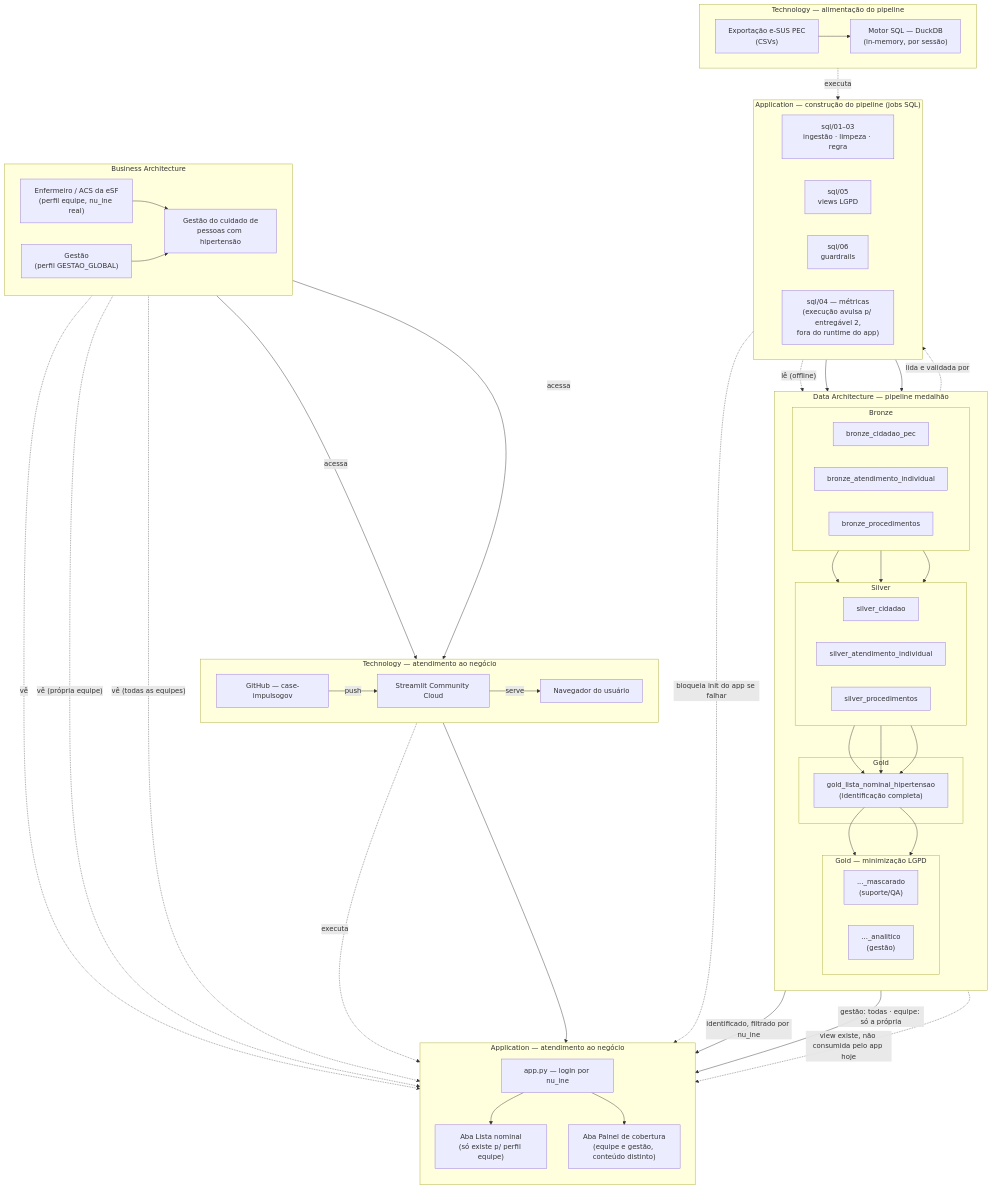
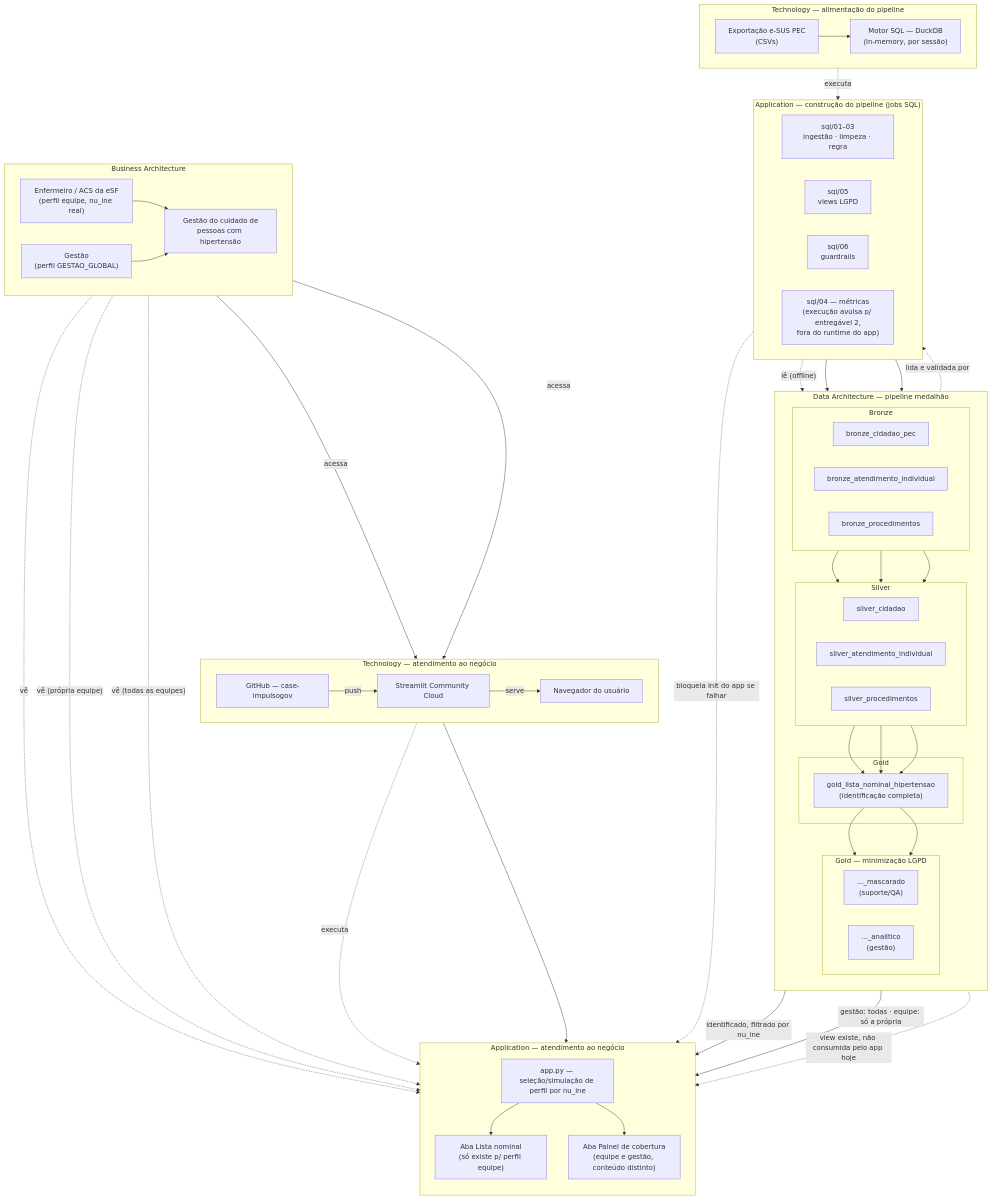
One commit to ShirleiAlexandrino/case-impulsogov changed the diagram in extras/arquitetura-togaf.md. Above: the diagram before and after it, drawn with Mermaid. The commit also changed 1 other file, not shown here.

Commit message:
Rename login by nu_ine to profile selection/simulation by nu_ine

```diff
--- a/extras/arquitetura-togaf.md
+++ b/extras/arquitetura-togaf.md
@@ -78,7 +78,7 @@
 
     subgraph APP_SERVE["Application — atendimento ao negócio"]
         direction TB
-        STREAMLIT["app.py — login por nu_ine"]
+        STREAMLIT["app.py — seleção/simulação de perfil por nu_ine"]
         LISTA["Aba Lista nominal<br/>(só existe p/ perfil equipe)"]
         PAINEL["Aba Painel de cobertura<br/>(equipe e gestão, conteúdo distinto)"]
         STREAMLIT --> LISTA
```
